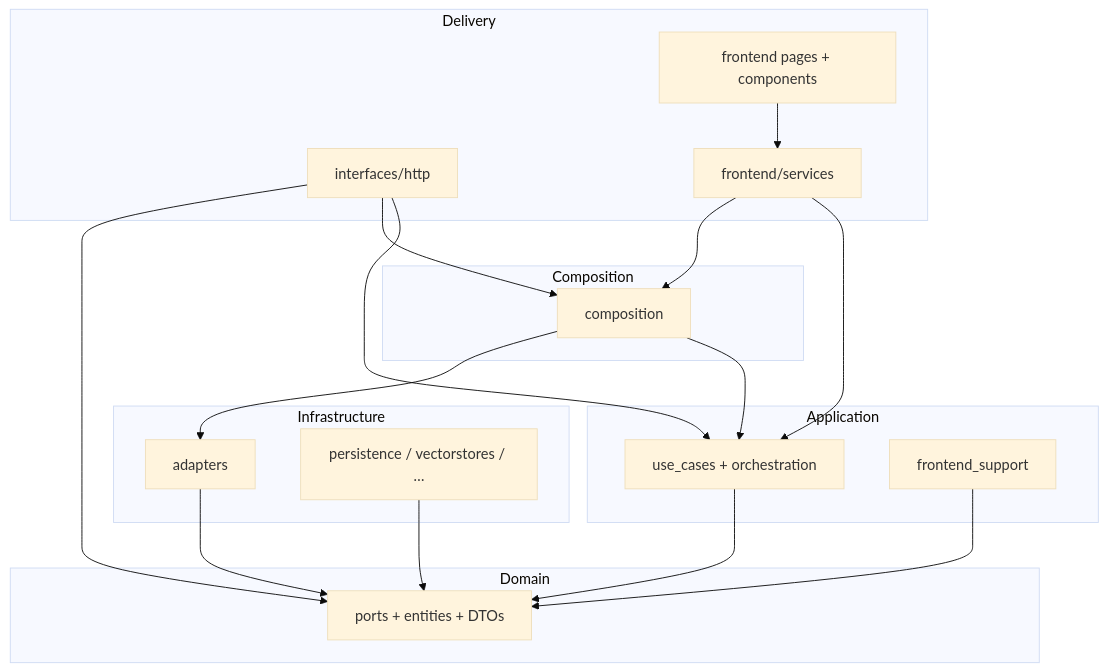
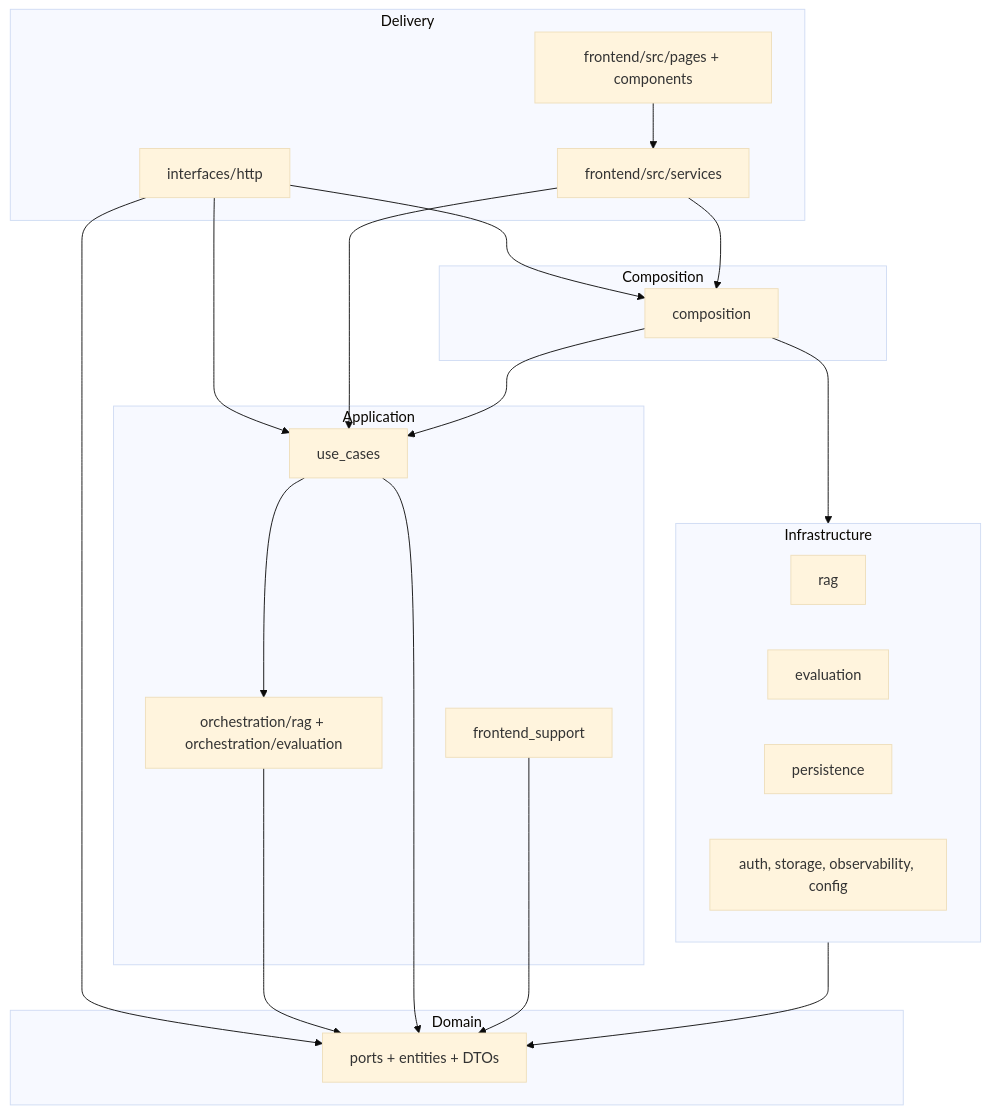
One commit to amosbangmo/ragcraft changed the diagram in docs/architecture.md. Above: the diagram before and after it, drawn with Mermaid (base theme). The commit also changed other lines of this file and 7 other files, not shown here.

First line of the commit message:
docs(architecture): fully align repository documentation with final code layout

````diff
--- a/docs/architecture.md
+++ b/docs/architecture.md
@@ -93,34 +116,38 @@
 ```mermaid
 flowchart TB
   subgraph delivery["Delivery"]
-    API["interfaces/http"]
-    GW["frontend/services"]
-    UI["frontend pages + components"]
+    HTTP["interfaces/http"]
+    SVC["frontend/src/services"]
+    UI["frontend/src/pages + components"]
   end
   subgraph comp["Composition"]
     COMP["composition"]
   end
   subgraph app["Application"]
-    UC["use_cases + orchestration"]
+    UC["use_cases"]
+    ORCH["orchestration/rag + orchestration/evaluation"]
     FS["frontend_support"]
   end
   subgraph dom["Domain"]
     PORTS["ports + entities + DTOs"]
   end
   subgraph infra["Infrastructure"]
-    ADP["adapters"]
-    TECH["persistence / vectorstores / …"]
+    RAG["rag"]
+    EVAL["evaluation"]
+    PERS["persistence"]
+    OTHER["auth, storage, observability, config"]
   end
-  API --> UC
-  API --> COMP
-  API --> PORTS
-  GW --> UC
-  GW --> COMP
-  UI --> GW
+  HTTP --> UC
+  HTTP --> COMP
+  HTTP --> PORTS
+  SVC --> UC
+  SVC --> COMP
+  UI --> SVC
   COMP --> UC
-  COMP --> ADP
+  COMP --> infra
+  UC --> ORCH
+  ORCH --> PORTS
   UC --> PORTS
-  ADP --> PORTS
-  TECH --> PORTS
+  infra --> PORTS
   FS --> PORTS
 ```
````
